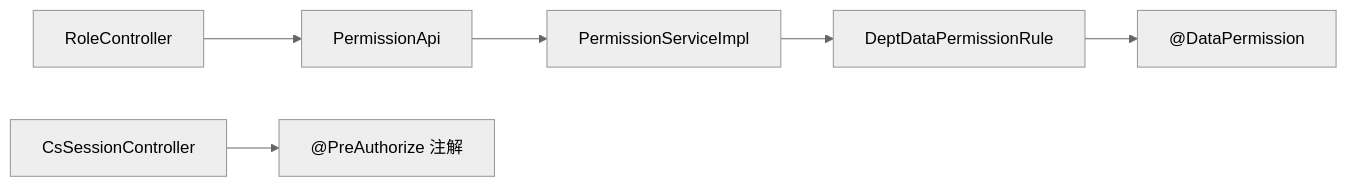
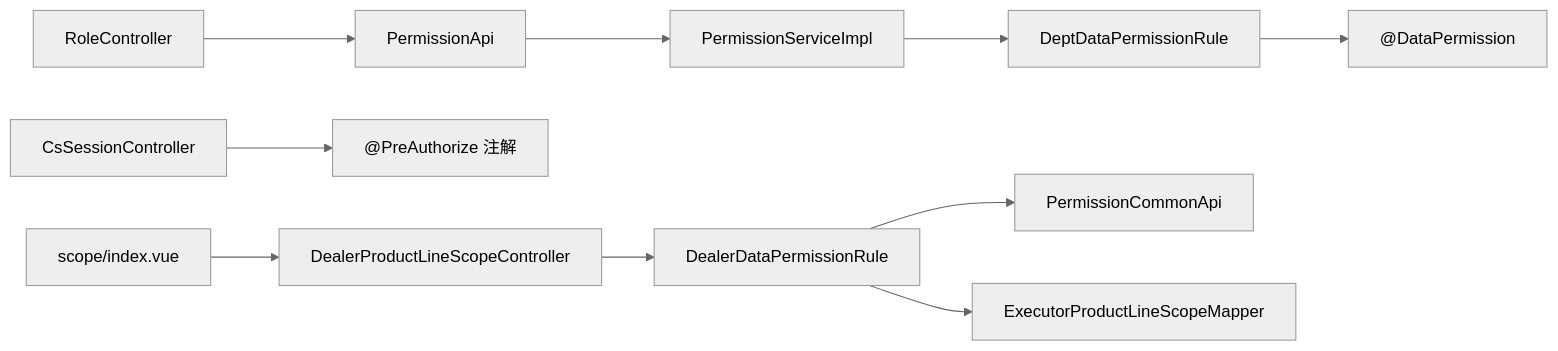
Before and after one commit to xiaoche80s-tech/rouyi-vue-pro: the sixth of 6 diagrams in .qoder/repowiki/zh/content/核心模块/系统管理模块/角色权限.md, drawn with Mermaid (neutral theme). The commit also changed other lines of this file and 534 other files, not shown here.

````diff
--- a/.qoder/repowiki/zh/content/核心模块/系统管理模块/角色权限.md
+++ b/.qoder/repowiki/zh/content/核心模块/系统管理模块/角色权限.md
@@ -357,8 +440,12 @@
 ```mermaid
 graph LR
 CTRL["RoleController"] --> API["PermissionApi"]
 API --> SVC["PermissionServiceImpl"]
 SVC --> RULE["DeptDataPermissionRule"]
 RULE --> ANNOT["@DataPermission"]
 CSCTRL["CsSessionController"] --> PERM["@PreAuthorize 注解"]
+DEALERRULE["DealerDataPermissionRule"] --> PERMAPI["PermissionCommonApi"]
+DEALERRULE --> SCOPE["ExecutorProductLineScopeMapper"]
+EXECCTRL["DealerProductLineScopeController"] --> DEALERRULE
+UI["scope/index.vue"] --> EXECCTRL
 ```
````
